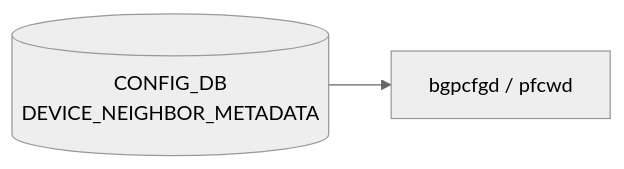
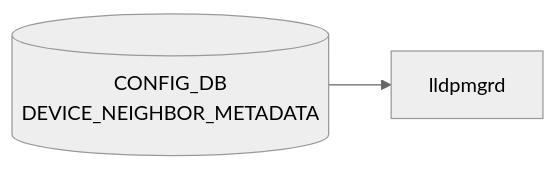
Before and after one commit to aoki-taquan/sonic-unofficial-docs: the diagram in docs/reference/config-db/device-neighbor-metadata.md, drawn with Mermaid (neutral theme). The commit also changed 6 other files, not shown here.

````diff
--- a/docs/reference/config-db/device-neighbor-metadata.md
+++ b/docs/reference/config-db/device-neighbor-metadata.md
@@ -30,6 +30,6 @@
 ```mermaid
 flowchart LR
   CDB[("CONFIG_DB<br/>DEVICE_NEIGHBOR_METADATA")]
-  DM["bgpcfgd / pfcwd"]
+  DM["lldpmgrd"]
   CDB --> DM
 ```
````
